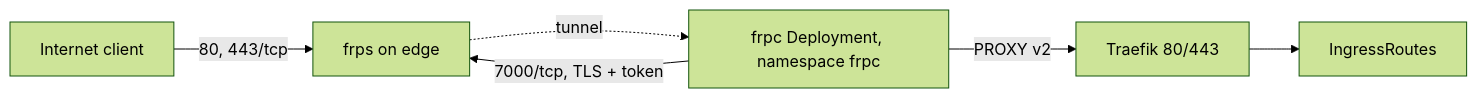
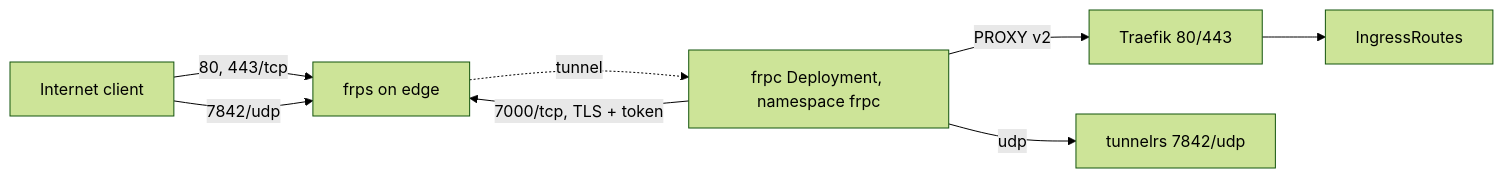
The diagram in docs/cluster/edge.md (LuukBlankenstijn/infra), drawn with Mermaid (forest theme) before and after one commit. The commit also changed other lines of this file and 21 other files, not shown here.

Commit message:
Add tunnelrs: server, operator, edge UDP forward, keys, alerts and docs

````diff
--- a/docs/cluster/edge.md
+++ b/docs/cluster/edge.md
@@ -7,8 +7,10 @@
 ```mermaid
 flowchart LR
   client[Internet client] -->|80, 443/tcp| frps[frps on edge]
   frpc[frpc Deployment, namespace frpc] -->|7000/tcp, TLS + token| frps
   frps -. tunnel .-> frpc
+  client -->|7842/udp| frps
   frpc -->|PROXY v2| traefik[Traefik 80/443]
   traefik --> apps[IngressRoutes]
+  frpc -->|udp| tunnelrs[tunnelrs 7842/udp]
 ```
````
